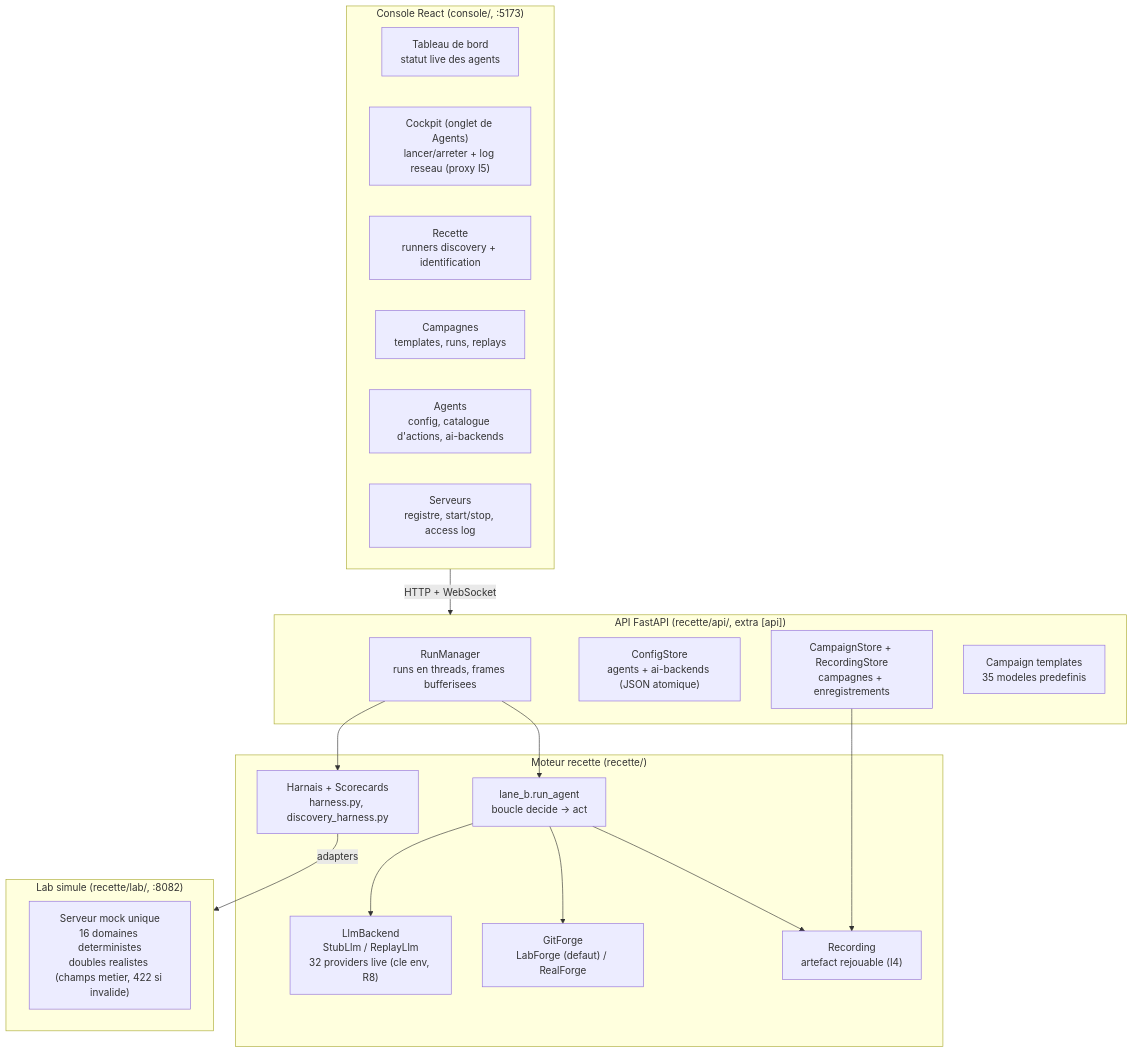
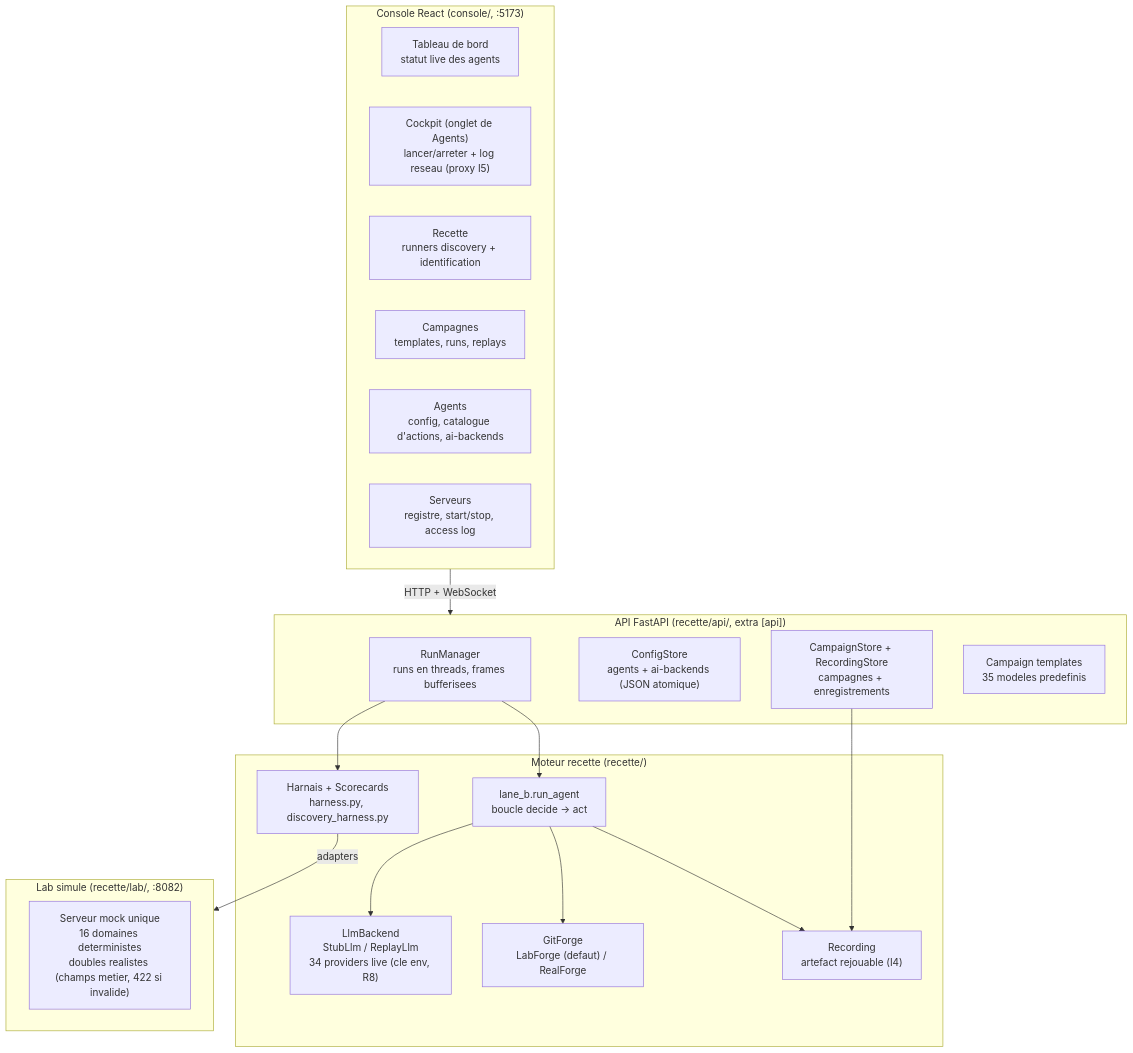
The second of 12 diagrams in docs/ARCHITECTURE.md (mo0ogly/recette_IA_agents), drawn with Mermaid before and after one commit. The commit also changed 7 other files, not shown here.

````diff
--- a/docs/ARCHITECTURE.md
+++ b/docs/ARCHITECTURE.md
@@ -74,39 +74,39 @@
 ```mermaid
 flowchart TB
   subgraph CONSOLE["Console React (console/, :5173)"]
     DASH["Tableau de bord<br/>statut live des agents"]
     COCK["Cockpit (onglet de Agents)<br/>lancer/arreter + log reseau (proxy I5)"]
     RUNTAB["Recette<br/>runners discovery + identification"]
     CAMP["Campagnes<br/>templates, runs, replays"]
     AGENTS["Agents<br/>config, catalogue d'actions, ai-backends"]
     SRVTAB["Serveurs<br/>registre, start/stop, access log"]
   end
 
   subgraph API["API FastAPI (recette/api/, extra [api])"]
     RM["RunManager<br/>runs en threads, frames bufferisees"]
     CFG["ConfigStore<br/>agents + ai-backends (JSON atomique)"]
     CSTORE["CampaignStore + RecordingStore<br/>campagnes + enregistrements"]
     TPL["Campaign templates<br/>35 modeles predefinis"]
   end
 
   subgraph ENGINE["Moteur recette (recette/)"]
     LANEB["lane_b.run_agent<br/>boucle decide -> act"]
-    LLM["LlmBackend<br/>StubLlm / ReplayLlm<br/>32 providers live (cle env, R8)"]
+    LLM["LlmBackend<br/>StubLlm / ReplayLlm<br/>34 providers live (cle env, R8)"]
     FORGE["GitForge<br/>LabForge (defaut) / RealForge"]
     REC["Recording<br/>artefact rejouable (I4)"]
     HARN["Harnais + Scorecards<br/>harness.py, discovery_harness.py"]
   end
 
   subgraph LAB["Lab simule (recette/lab/, :8082)"]
     MOCK["Serveur mock unique<br/>16 domaines deterministes<br/>doubles realistes (champs metier, 422 si invalide)"]
   end
 
   CONSOLE -->|"HTTP + WebSocket"| API
   RM --> LANEB
   LANEB --> LLM
   LANEB --> FORGE
   LANEB --> REC
   RM --> HARN
   HARN -->|"adapters"| LAB
   CSTORE --> REC
 ```
````
